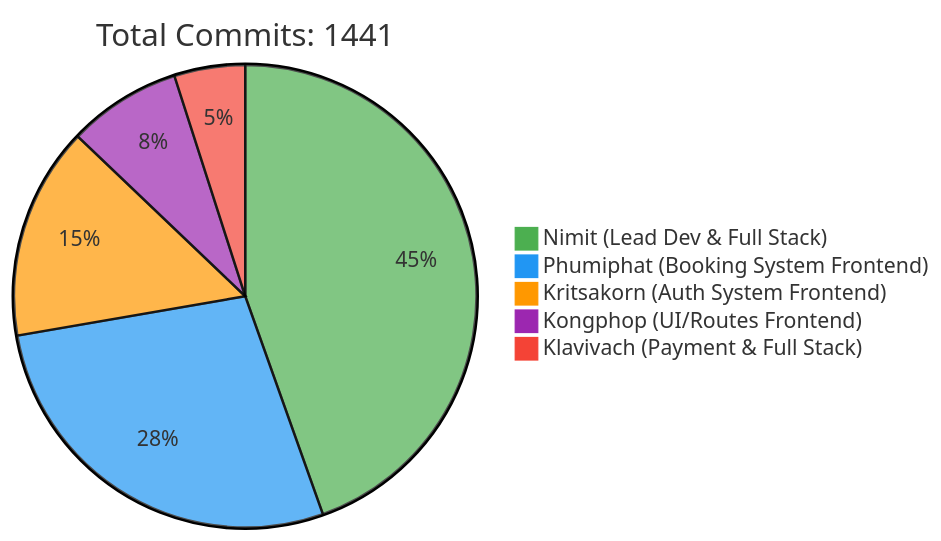
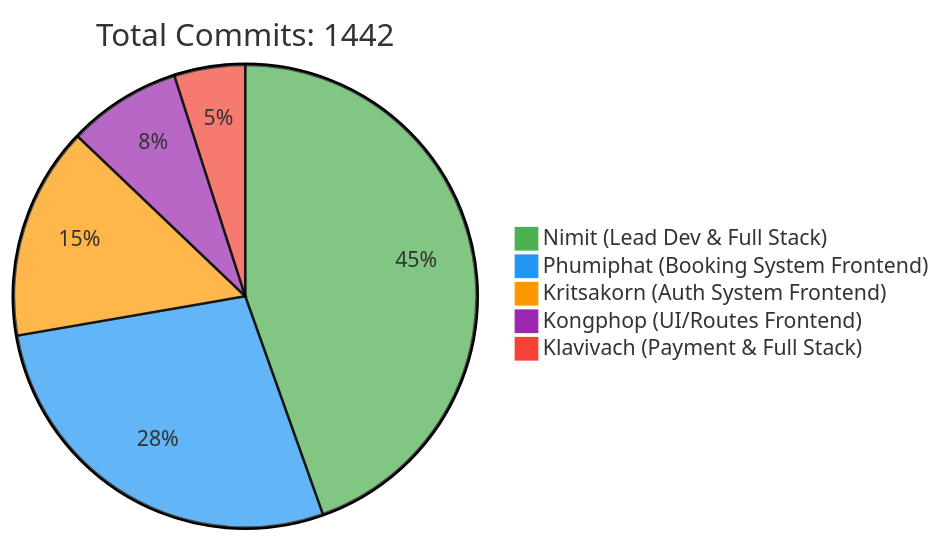
Before and after one commit to 6531503042/Sport-Complex: the first of 2 diagrams in README.md, drawn with Mermaid. The commit also changed other lines of this file, not shown here.

Commit message:
docs: Update contributor statistics [skip ci]

````diff
--- a/README.md
+++ b/README.md
@@ -257,10 +257,10 @@
 ```mermaid
 %%{init: {'theme': 'base', 'themeVariables': { 'pie1': '#4CAF50', 'pie2': '#2196F3', 'pie3': '#FF9800', 'pie4': '#9C27B0', 'pie5': '#F44336'}}}%%
 pie
-    title Total Commits: 1441
+    title Total Commits: 1442
     "Nimit (Lead Dev & Full Stack)" : 450
     "Phumiphat (Booking System Frontend)" : 280
     "Kritsakorn (Auth System Frontend)" : 150
     "Kongphop (UI/Routes Frontend)" : 80
     "Klavivach (Payment & Full Stack)" : 50
 ```
````
